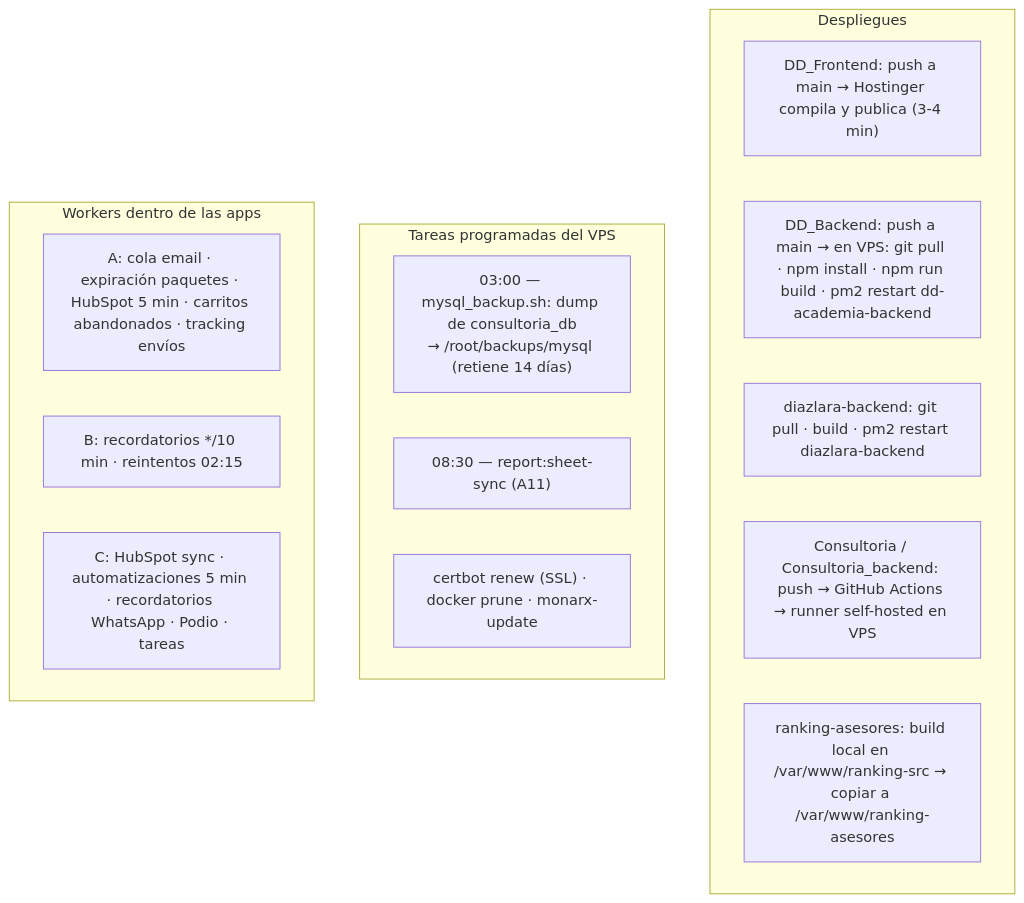
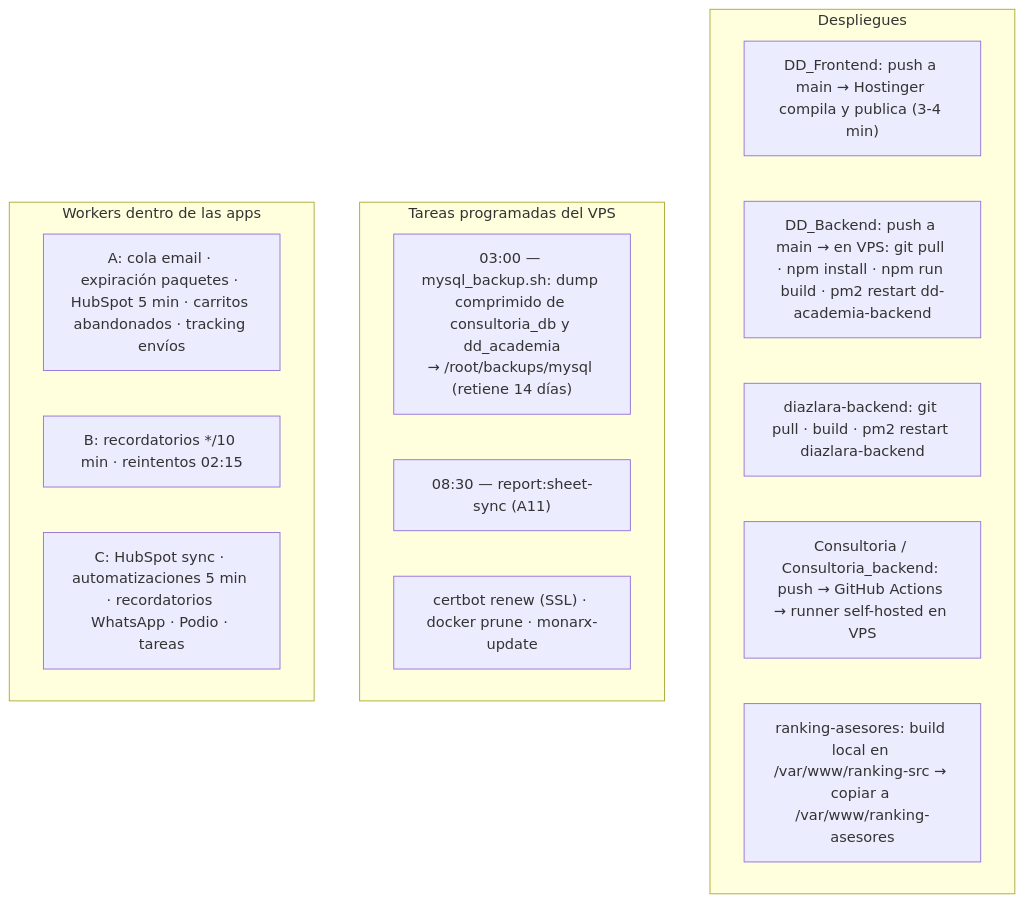
Before and after one commit to JoseVargasCubillas/DD_Frontend: diagram 18 of 18 in docs/ARQUITECTURA-VPS-Y-PLATAFORMAS.md, drawn with Mermaid. The commit also changed other lines of this file and 1 other file, not shown here.

Commit message:
docs: marcar riesgos resueltos (backup dd_academia, frontend_ddl, consultoresddl)

````diff
--- a/docs/ARQUITECTURA-VPS-Y-PLATAFORMAS.md
+++ b/docs/ARQUITECTURA-VPS-Y-PLATAFORMAS.md
@@ -619,20 +619,20 @@
 ```mermaid
 flowchart TD
     subgraph DEPLOY["Despliegues"]
         FE_A["DD_Frontend: push a main → Hostinger compila y publica (3‑4 min)"]
         BE_A["DD_Backend: push a main → en VPS: git pull · npm install · npm run build · pm2 restart dd-academia-backend"]
         BE_B["diazlara-backend: git pull · build · pm2 restart diazlara-backend"]
         C_ALL["Consultoria / Consultoria_backend: push → GitHub Actions → runner self-hosted en VPS"]
         D_ALL["ranking-asesores: build local en /var/www/ranking-src → copiar a /var/www/ranking-asesores"]
     end
     subgraph CRONS["Tareas programadas del VPS"]
-        K1["03:00 — mysql_backup.sh: dump de consultoria_db<br/>→ /root/backups/mysql (retiene 14 días)"]
+        K1["03:00 — mysql_backup.sh: dump comprimido de consultoria_db y dd_academia<br/>→ /root/backups/mysql (retiene 14 días)"]
         K2["08:30 — report:sheet-sync (A11)"]
         K3["certbot renew (SSL) · docker prune · monarx-update"]
     end
     subgraph INAPP["Workers dentro de las apps"]
         W1["A: cola email · expiración paquetes · HubSpot 5 min · carritos abandonados · tracking envíos"]
         W2["B: recordatorios */10 min · reintentos 02:15"]
         W3["C: HubSpot sync · automatizaciones 5 min · recordatorios WhatsApp · Podio · tareas"]
     end
 ```
````
